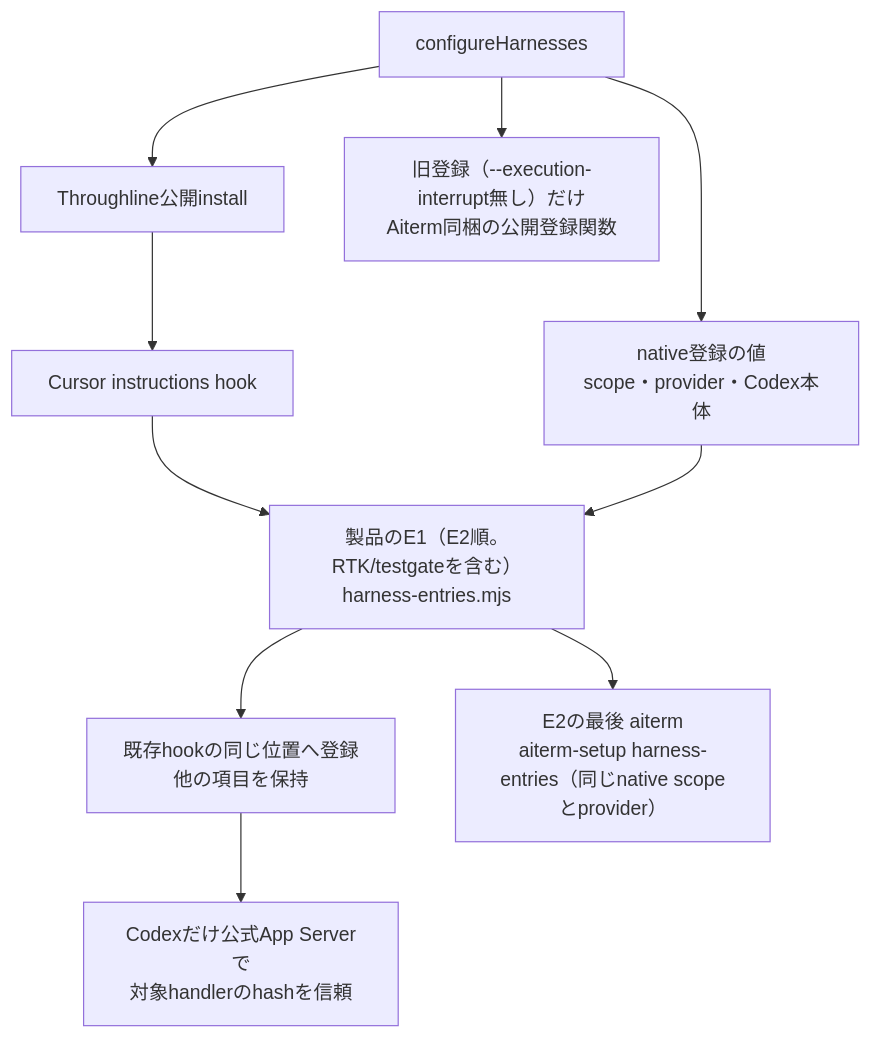
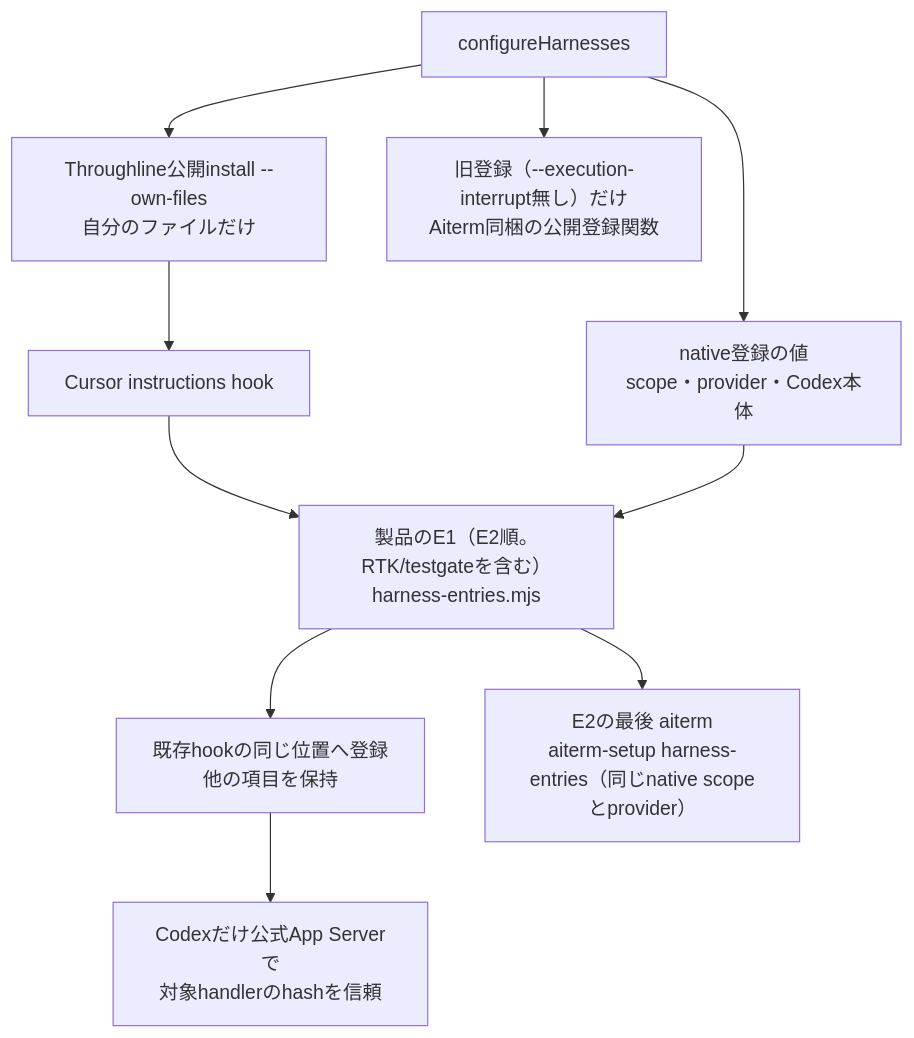
The third of 5 diagrams in docs/architecture/modules/runtime/cli-registration.md (kitepon/BellTeam), drawn with Mermaid before and after one commit. The commit also changed other lines of this file and 3 other files, not shown here.

Commit message:
bd14 Throughline step 3: configureHarnesses runs throughline install --own-files (Throughline >= 0.21.0)

````diff
--- a/docs/architecture/modules/runtime/cli-registration.md
+++ b/docs/architecture/modules/runtime/cli-registration.md
@@ -75,12 +75,12 @@
 ```mermaid
 flowchart TD
-  Config["configureHarnesses"] --> Throughline["Throughline公開install"]
+  Config["configureHarnesses"] --> Throughline["Throughline公開install --own-files<br/>自分のファイルだけ"]
   Throughline --> Cursor["Cursor instructions hook"]
   Cursor --> Products["製品のE1（E2順。RTK/testgateを含む）<br/>harness-entries.mjs"]
   Products --> Merge["既存hookの同じ位置へ登録<br/>他の項目を保持"]
   Merge --> Trust["Codexだけ公式App Serverで<br/>対象handlerのhashを信頼"]
   Config --> Vars["native登録の値<br/>scope・provider・Codex本体"]
   Vars --> Products
   Products --> AitermE1["E2の最後 aiterm<br/>aiterm-setup harness-entries（同じnative scopeとprovider）"]
   Config --> Legacy["旧登録（--execution-interrupt無し）だけ<br/>Aiterm同梱の公開登録関数"]
 ```
````
